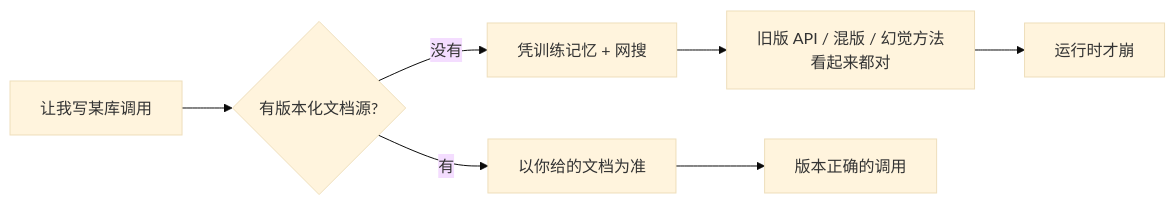
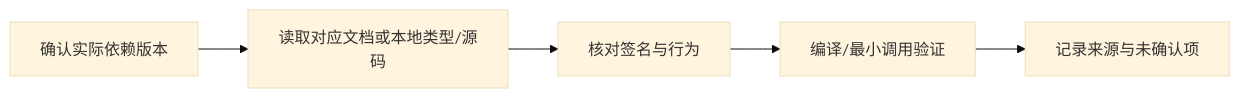
Before and after one commit to XuebinMa/AIWiki: the diagram in docs/00-setup-collaboration/no-versioned-docs.mdx, drawn with Mermaid (base theme). The commit also changed other lines of this file and 325 other files, not shown here.

````diff
--- a/docs/00-setup-collaboration/no-versioned-docs.mdx
+++ b/docs/00-setup-collaboration/no-versioned-docs.mdx
@@ -40,9 +38,7 @@
 ```mermaid
 flowchart LR
-    A[让我写某库调用] --> B{有版本化文档源?}
-    B -- 没有 --> C[凭训练记忆 + 网搜]
-    C --> D["旧版 API / 混版 / 幻觉方法<br/>看起来都对"]
-    D --> E[运行时才崩]
-    B -- 有 --> F[以你给的文档为准]
-    F --> G[版本正确的调用]
+    A[确认实际依赖版本] --> B[读取对应文档或本地类型/源码]
+    B --> C[核对签名与行为]
+    C --> D[编译/最小调用验证]
+    D --> E[记录来源与未确认项]
 ```
````
